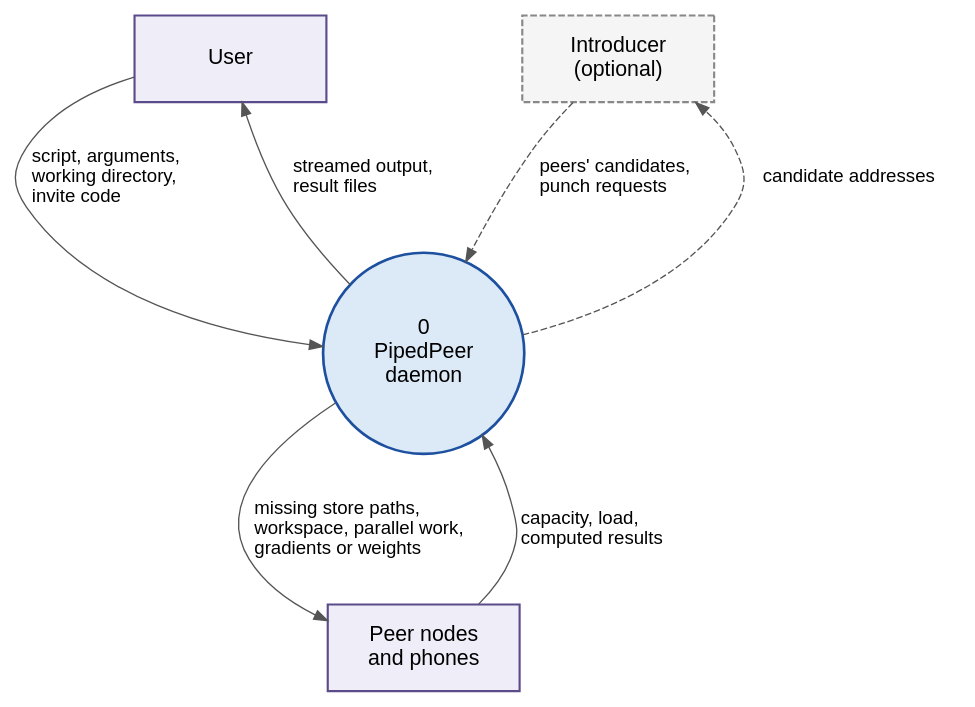
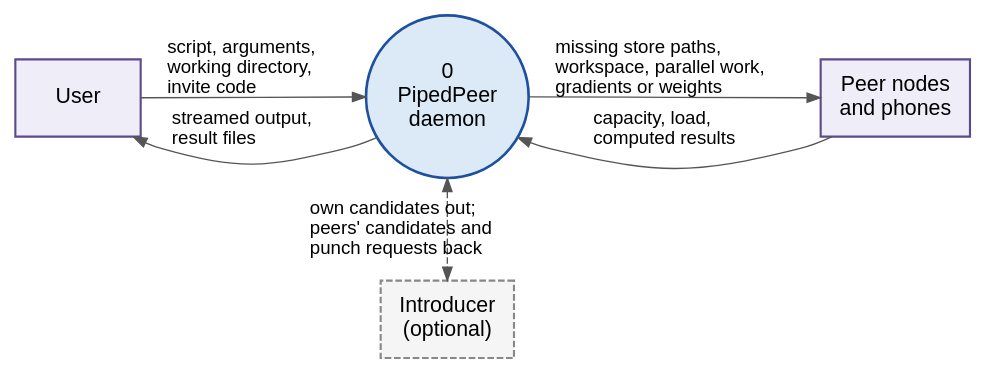
One commit to vinayakyadav2709/Pipedpeer changed the diagram in docs/diagrams/src/fig_3.2_dfd_level0.dot. Above: the diagram before and after it, drawn with Graphviz. The commit also changed 49 other files, not shown here.

```diff
--- a/docs/diagrams/src/fig_3.2_dfd_level0.dot
+++ b/docs/diagrams/src/fig_3.2_dfd_level0.dot
@@ -1,27 +1,26 @@
 // Figure 3.2 - Level 0 DFD (context diagram). The NATS registry was removed
 // (7f75695), so the introducer is the only optional entity.
 // Laid out top-to-bottom: left-to-right gave a 3.8:1 strip whose labels were
 // under 6pt once scaled to the text width.
 digraph DFD0 {
-  rankdir=TB; bgcolor="white"; nodesep=0.75; ranksep=0.95;
+  rankdir=LR; bgcolor="white"; nodesep=0.45; ranksep=0.45;
   node [fontname="Helvetica", fontsize=16];
   edge [fontname="Helvetica", fontsize=14, color="#555555"];
 
   user [label="User", shape=box, style=filled, fillcolor="#efedf7", color="#5b4b8a",
-        penwidth=1.6, width=2.0, height=0.9];
+        penwidth=1.6, width=1.3, height=0.8];
   peer [label="Peer nodes\nand phones", shape=box, style=filled, fillcolor="#efedf7", color="#5b4b8a",
-        penwidth=1.6, width=2.0, height=0.9];
+        penwidth=1.6, width=1.3, height=0.8];
   intro [label="Introducer\n(optional)", shape=box, style="filled,dashed", fillcolor="#f5f5f5",
-        color="#888888", penwidth=1.6, width=2.0, height=0.9];
+        color="#888888", penwidth=1.6, width=1.3, height=0.8];
 
   sys [label="0\nPipedPeer\ndaemon", shape=circle, style=filled, fillcolor="#dce9f7",
-       color="#1e50a0", penwidth=2.0, width=2.1, fixedsize=true];
+       color="#1e50a0", penwidth=2.0, width=1.7, fixedsize=true];
 
   user -> sys [label="  script, arguments,\l  working directory,\l  invite code\l"];
   sys -> user [label="  streamed output,\l  result files\l"];
-  { rank=same; user; intro; }
+  { rank=same; sys; intro; }
   sys -> peer [label="  missing store paths,\l  workspace, parallel work,\l  gradients or weights\l"];
   peer -> sys [label="  capacity, load,\l  computed results\l"];
-  sys -> intro [label="  candidate addresses  ", style=dashed];
-  intro -> sys [label="  peers' candidates,\l  punch requests\l", style=dashed];
+  sys -> intro [dir=both, style=dashed, label="  own candidates out;\l  peers' candidates and\l  punch requests back\l"];
 }
```
